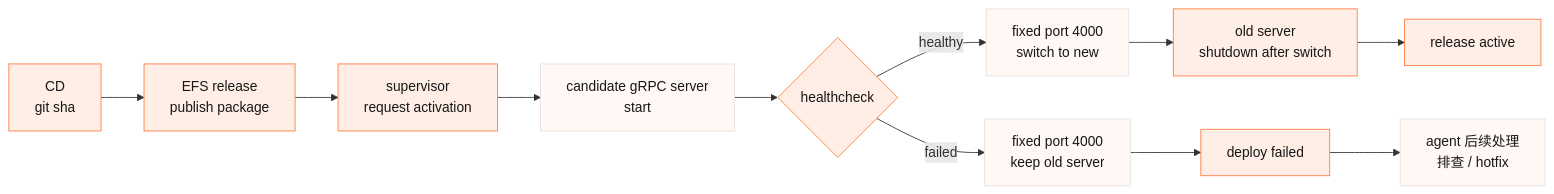
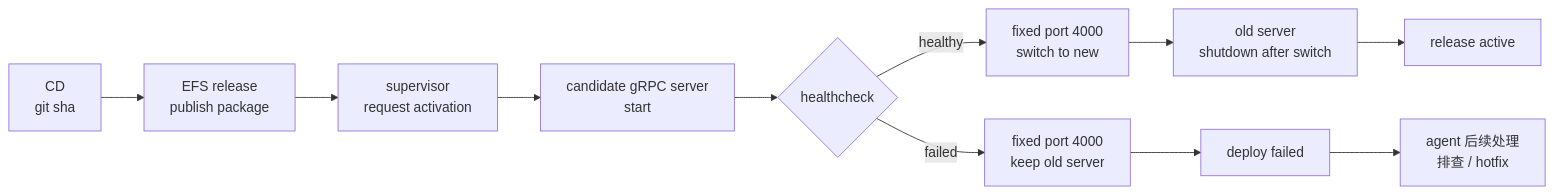
One commit to tihaya-anon/reporting changed the diagram in reports/data-agent/diagrams/release-switch.mmd. Above: the diagram before and after it, drawn with Mermaid. The commit also changed 18 other files, not shown here.

```diff
--- a/reports/data-agent/diagrams/release-switch.mmd
+++ b/reports/data-agent/diagrams/release-switch.mmd
@@ -1,15 +1,11 @@
 flowchart LR
   CD["CD<br/>git sha"] --> EFS["EFS release<br/>publish package"]
   EFS --> Sup["supervisor<br/>request activation"]
   Sup --> New["candidate gRPC server<br/>start"]
   New --> Health{"healthcheck"}
   Health -->|healthy| Switch["fixed port 4000<br/>switch to new"]
   Switch --> StopOld["old server<br/>shutdown after switch"]
   StopOld --> Active["release active"]
   Health -->|failed| KeepOld["fixed port 4000<br/>keep old server"]
   KeepOld --> Failed["deploy failed"]
   Failed --> Agent["agent 后续处理<br/>排查 / hotfix"]
-
-  classDef default fill:#FFEEE5,stroke:#FF7A3D,color:#171717,stroke-width:1px;
-  classDef muted fill:#FFF8F4,stroke:#E6E0DC,color:#171717,stroke-width:1px;
-  class New,Switch,KeepOld,Agent muted;
```
